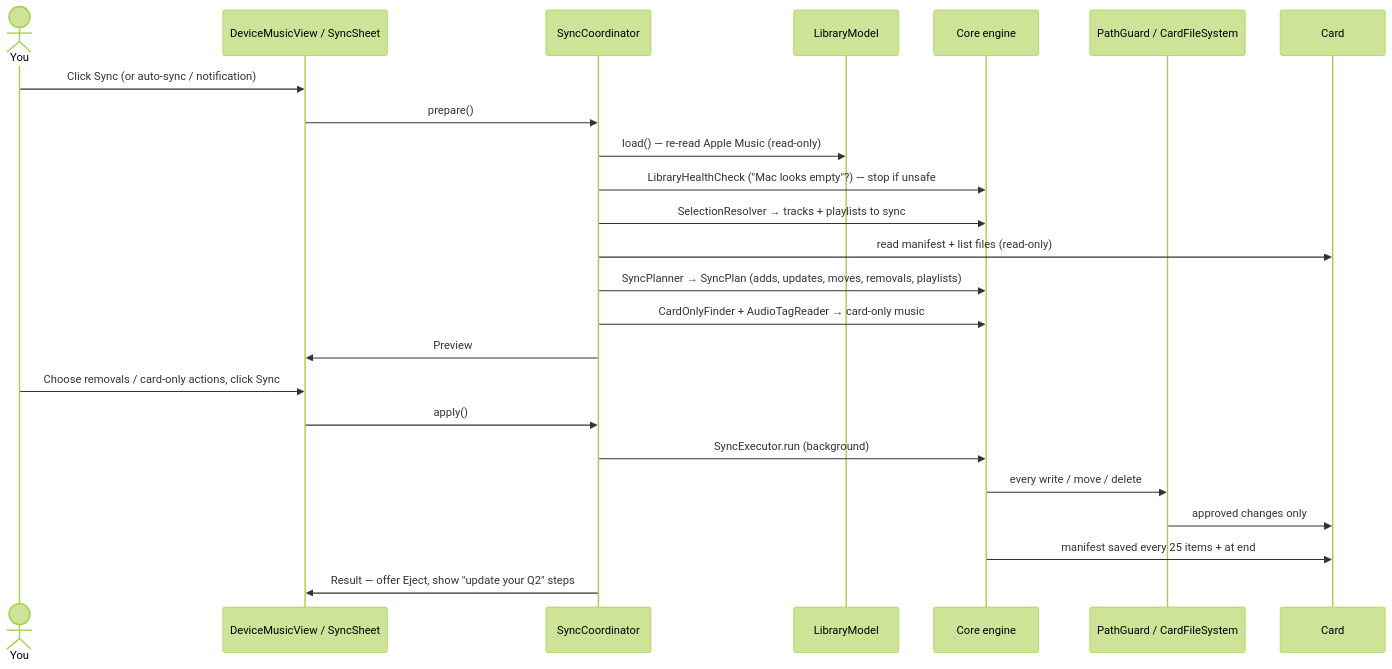
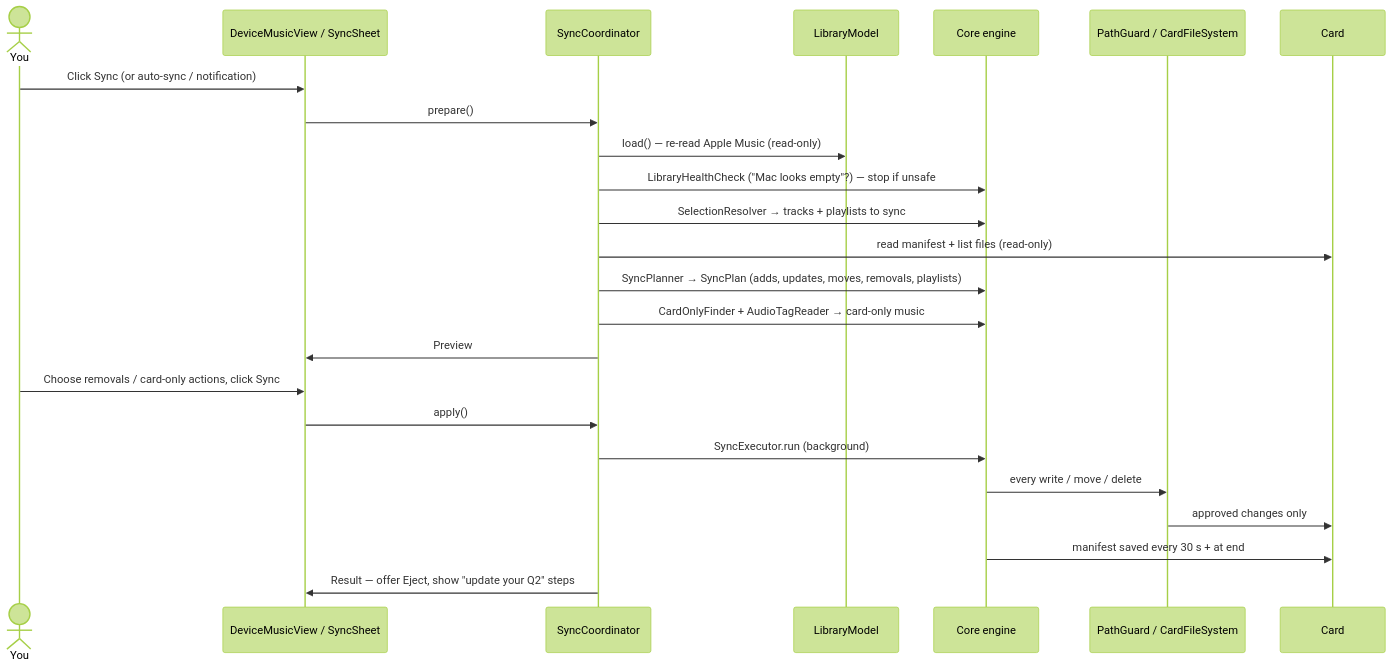
One commit to PaleoLabs/Q2-Sync changed the second of 2 diagrams in docs/CODE_GUIDE.md. Above: the diagram before and after it, drawn with Mermaid (forest theme). The commit also changed other lines of this file and 10 other files, not shown here.

````diff
--- a/docs/CODE_GUIDE.md
+++ b/docs/CODE_GUIDE.md
@@ -111,27 +111,27 @@
 ```mermaid
 sequenceDiagram
     actor You
     participant UI as DeviceMusicView / SyncSheet
     participant C as SyncCoordinator
     participant L as LibraryModel
     participant E as Core engine
     participant G as PathGuard / CardFileSystem
     participant Card
 
     You->>UI: Click Sync (or auto-sync / notification)
     UI->>C: prepare()
     C->>L: load() — re-read Apple Music (read-only)
     C->>E: LibraryHealthCheck ("Mac looks empty"?) — stop if unsafe
     C->>E: SelectionResolver → tracks + playlists to sync
     C->>Card: read manifest + list files (read-only)
     C->>E: SyncPlanner → SyncPlan (adds, updates, moves, removals, playlists)
     C->>E: CardOnlyFinder + AudioTagReader → card-only music
     C->>UI: Preview
     You->>UI: Choose removals / card-only actions, click Sync
     UI->>C: apply()
     C->>E: SyncExecutor.run (background)
     E->>G: every write / move / delete
     G->>Card: approved changes only
-    E->>Card: manifest saved every 25 items + at end
+    E->>Card: manifest saved every 30 s + at end
     C->>UI: Result — offer Eject, show "update your Q2" steps
 ```
````
